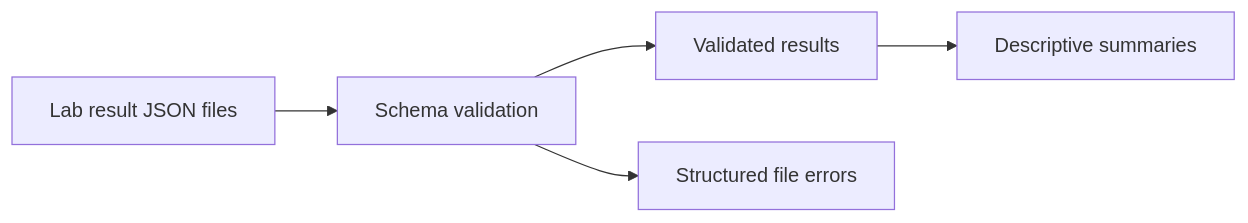
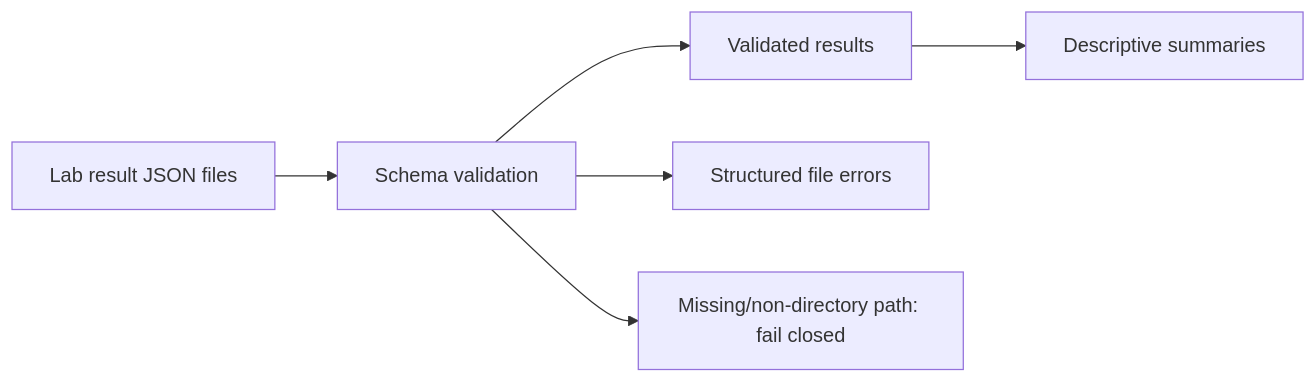
Before and after one commit to streamentry/OpenAMP-Foundry: the first of 2 diagrams in src/openamp_foundry/data/AGENTS.md, drawn with Mermaid. The commit also changed other lines of this file and 16 other files, not shown here.

````diff
--- a/src/openamp_foundry/data/AGENTS.md
+++ b/src/openamp_foundry/data/AGENTS.md
@@ -16,7 +16,8 @@
 ```mermaid
 flowchart LR
   Files["Lab result JSON files"] --> Validate["Schema validation"]
   Validate --> Valid["Validated results"]
   Validate --> Errors["Structured file errors"]
+  Validate --> PathError["Missing/non-directory path: fail closed"]
   Valid --> Summary["Descriptive summaries"]
 ```
````
